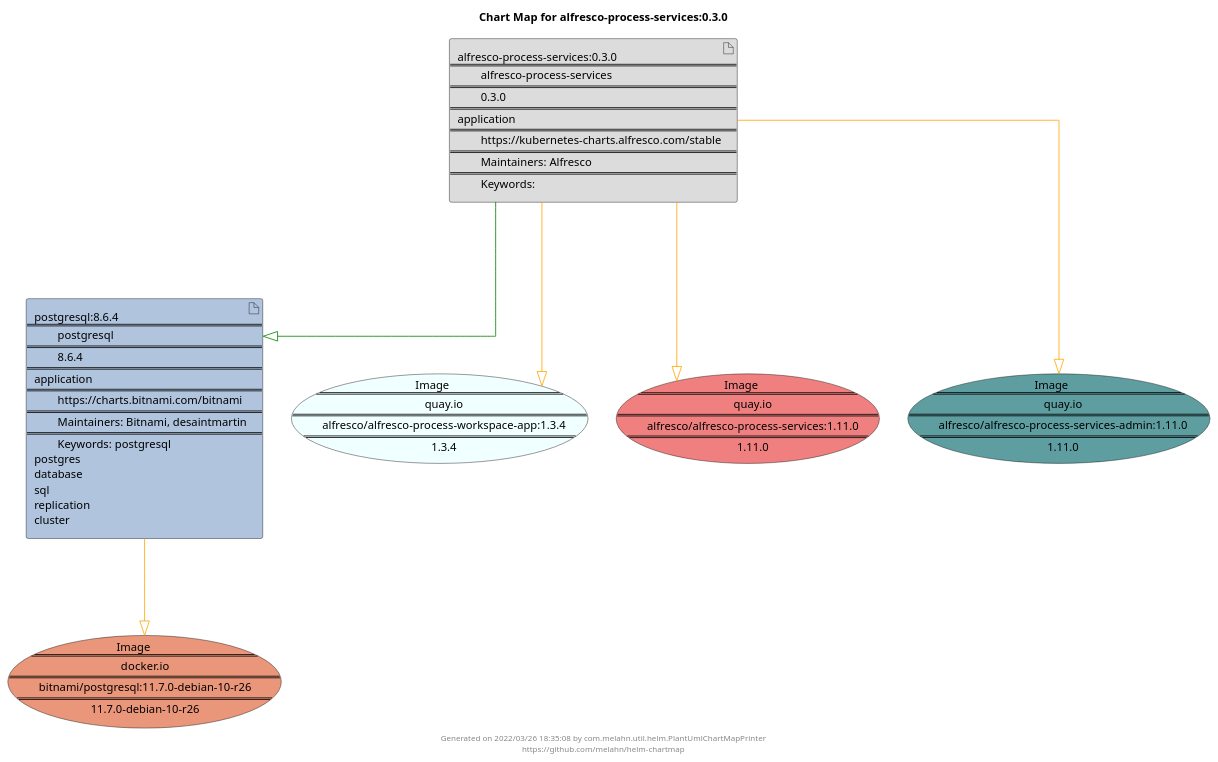
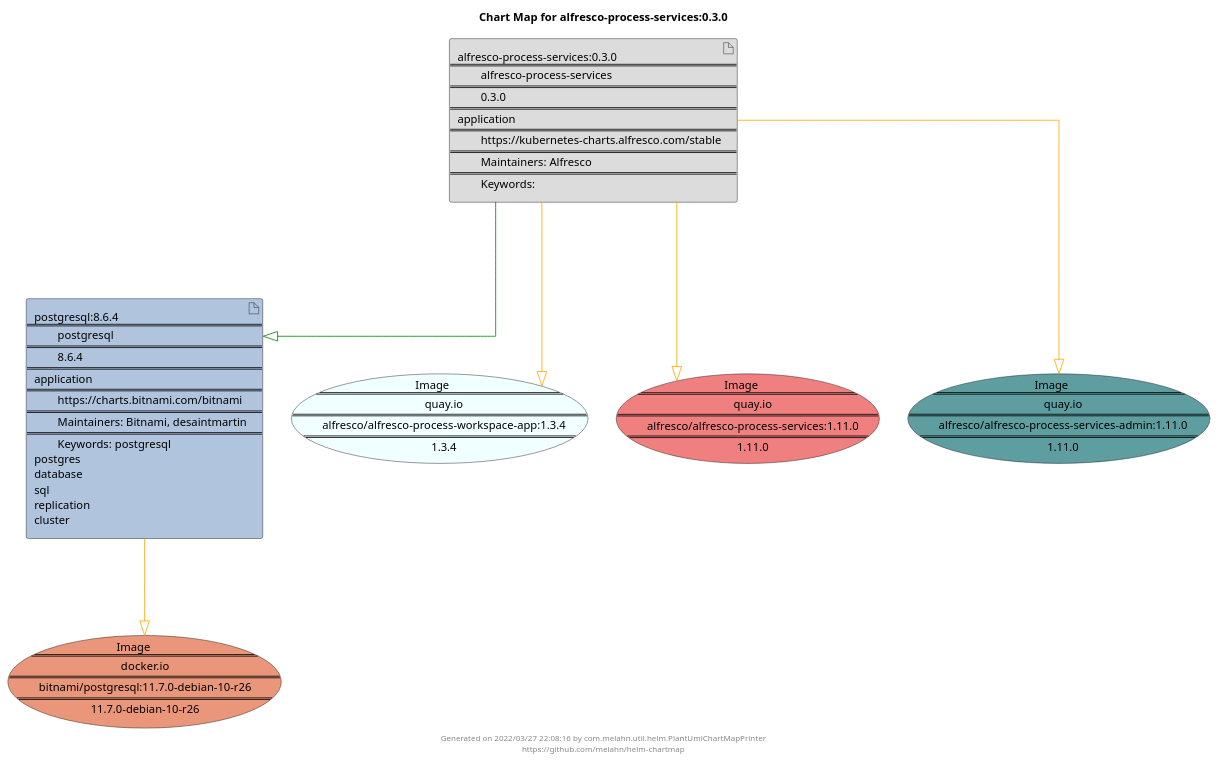
Before and after one commit to melahn/helm-chartmap: the diagram in docs/alfresco-process-services/alfresco-process-services-0.3.0.puml, drawn with PlantUML. The commit also changed 55 other files, not shown here.

Commit message:
Update Example Chart Maps as part of GitHub build

```diff
--- a/docs/alfresco-process-services/alfresco-process-services-0.3.0.puml
+++ b/docs/alfresco-process-services/alfresco-process-services-0.3.0.puml
@@ -1,29 +1,29 @@
 @startuml
 skinparam linetype ortho
 skinparam backgroundColor white
 skinparam usecaseBorderColor black
 skinparam usecaseArrowColor LightSlateGray
 skinparam artifactBorderColor black
 skinparam artifactArrowColor LightSlateGray
 
 title Chart Map for alfresco-process-services:0.3.0
 
 'There are 2 referenced Helm Charts
 artifact "alfresco-process-services:0.3.0\n====\n\talfresco-process-services\n====\n\t0.3.0\n====\napplication\n====\n\thttps://kubernetes-charts.alfresco.com/stable\n====\n\tMaintainers: Alfresco\n====\n\tKeywords: " as alfresco_process_services_0_3_0 #Gainsboro
 artifact "postgresql:8.6.4\n====\n\tpostgresql\n====\n\t8.6.4\n====\napplication\n====\n\thttps://charts.bitnami.com/bitnami\n====\n\tMaintainers: Bitnami, desaintmartin\n====\n\tKeywords: postgresql\npostgres\ndatabase\nsql\nreplication\ncluster" as postgresql_8_6_4 #LightSteelBlue
 
 'There are 4 referenced Docker Images
 usecase "Image\n====\n\tquay.io\n====\n\talfresco/alfresco-process-workspace-app:1.3.4\n====\n\t1.3.4" as quay_io_alfresco_alfresco_process_workspace_app_1_3_4 #Azure
 usecase "Image\n====\n\tquay.io\n====\n\talfresco/alfresco-process-services:1.11.0\n====\n\t1.11.0" as quay_io_alfresco_alfresco_process_services_1_11_0 #LightCoral
 usecase "Image\n====\n\tquay.io\n====\n\talfresco/alfresco-process-services-admin:1.11.0\n====\n\t1.11.0" as quay_io_alfresco_alfresco_process_services_admin_1_11_0 #CadetBlue
 usecase "Image\n====\n\tdocker.io\n====\n\tbitnami/postgresql:11.7.0-debian-10-r26\n====\n\t11.7.0-debian-10-r26" as docker_io_bitnami_postgresql_11_7_0_debian_10_r26 #DarkSalmon
 
 'Chart Dependencies
 alfresco_process_services_0_3_0--[#green]-|>postgresql_8_6_4
 alfresco_process_services_0_3_0--[#orange]-|>quay_io_alfresco_alfresco_process_services_admin_1_11_0
 alfresco_process_services_0_3_0--[#orange]-|>quay_io_alfresco_alfresco_process_workspace_app_1_3_4
 alfresco_process_services_0_3_0--[#orange]-|>quay_io_alfresco_alfresco_process_services_1_11_0
 postgresql_8_6_4--[#orange]-|>docker_io_bitnami_postgresql_11_7_0_debian_10_r26
 
-center footer Generated on 2022/03/26 18:35:08 by com.melahn.util.helm.PlantUmlChartMapPrinter\nhttps://github.com/melahn/helm-chartmap
+center footer Generated on 2022/03/27 22:08:16 by com.melahn.util.helm.PlantUmlChartMapPrinter\nhttps://github.com/melahn/helm-chartmap
 @enduml
```
